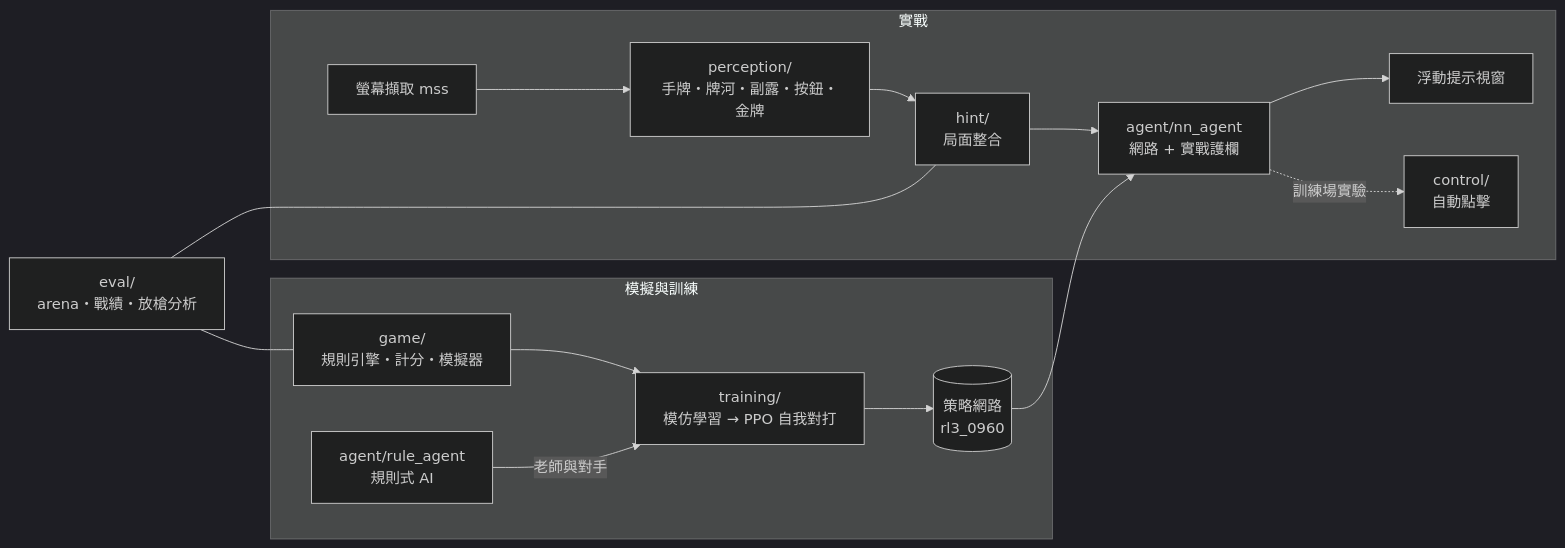
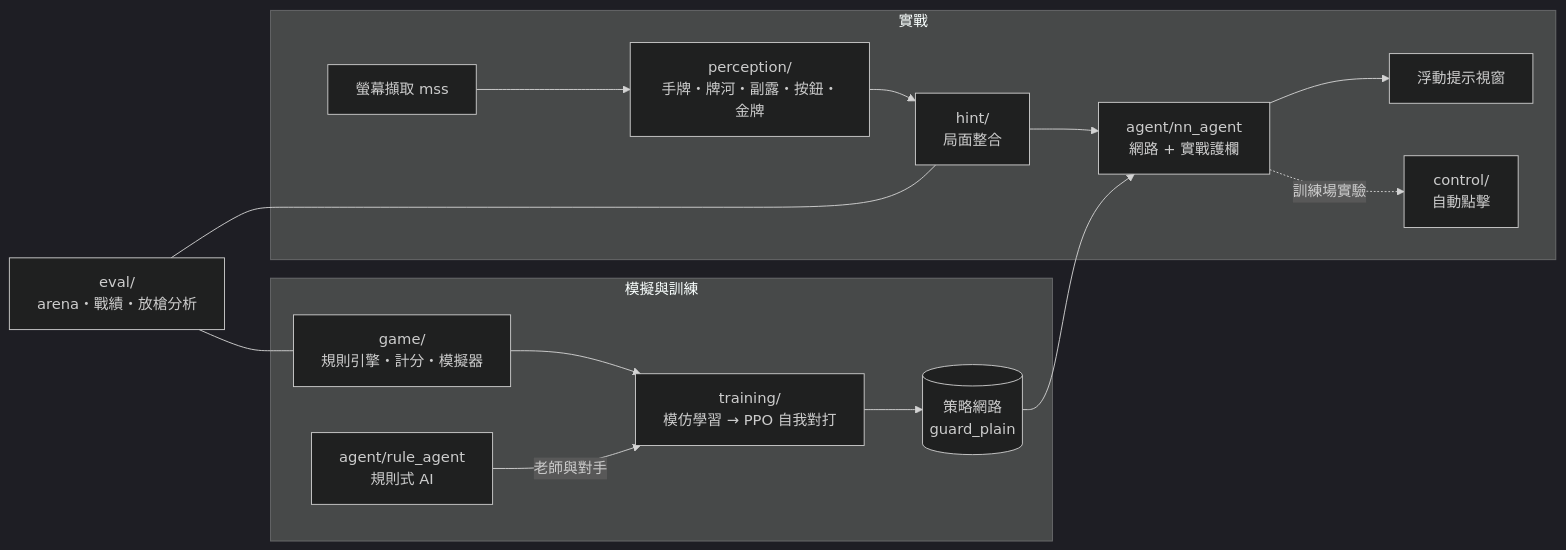
The diagram in README.md (TedChu021333/taiwan-mahjong-ai), drawn with Mermaid (dark theme) before and after one commit. The commit also changed other lines of this file and 13 other files, not shown here.

First line of the commit message:
把護欄學進網路：guard_plain（網路＋護欄當老師的模仿學習），實戰、網頁版、人機對戰改用它

````diff
--- a/README.md
+++ b/README.md
@@ -56,18 +56,18 @@
 ```mermaid
 flowchart LR
     subgraph 模擬與訓練
         G[game/<br>規則引擎・計分・模擬器] --> T[training/<br>模仿學習 → PPO 自我對打]
         R[agent/rule_agent<br>規則式 AI] -->|老師與對手| T
-        T --> M[(策略網路<br>rl3_0960)]
+        T --> M[(策略網路<br>guard_plain)]
     end
     subgraph 實戰
         S[螢幕擷取 mss] --> P[perception/<br>手牌・牌河・副露・按鈕・金牌]
         P --> H[hint/<br>局面整合]
         H --> A[agent/nn_agent<br>網路 + 實戰護欄]
         M --> A
         A --> O[浮動提示視窗]
         A -.訓練場實驗.-> C[control/<br>自動點擊]
     end
     E[eval/<br>arena・戰績・放槍分析] --- G
     E --- H
 ```
````
